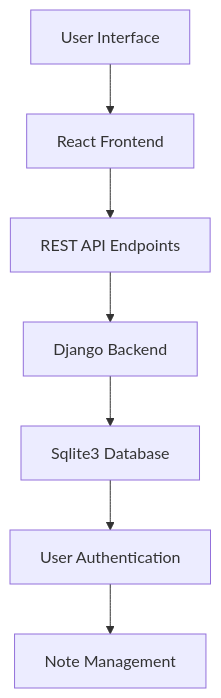
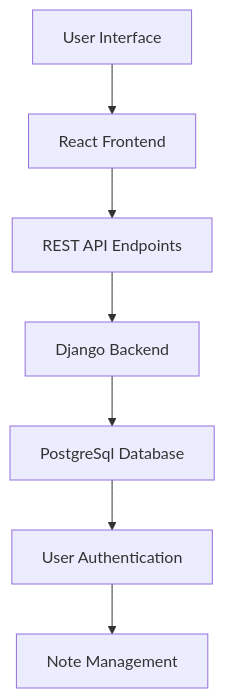
The first of 3 diagrams in README.md (AdityaK0/FullStackNoteApp-Django-ReactJs), drawn with Mermaid before and after one commit. The commit also changed other lines of this file, not shown here.

````diff
--- a/README.md
+++ b/README.md
@@ -9,9 +26,9 @@
 ```mermaid
 flowchart TD
     A[User Interface] --> B[React Frontend]
     B --> C[REST API Endpoints]
     C --> D[Django Backend]
-    D --> E[Sqlite3 Database]
+    D --> E[PostgreSql Database]
     E --> F[User Authentication]
     F --> G[Note Management]
 ```
````
